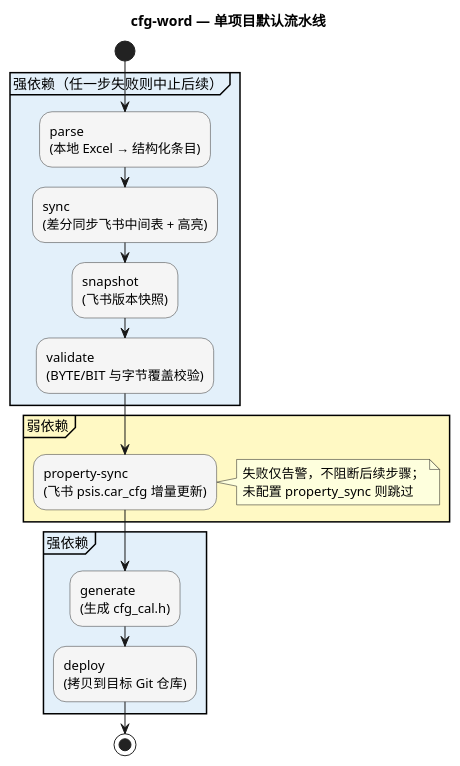
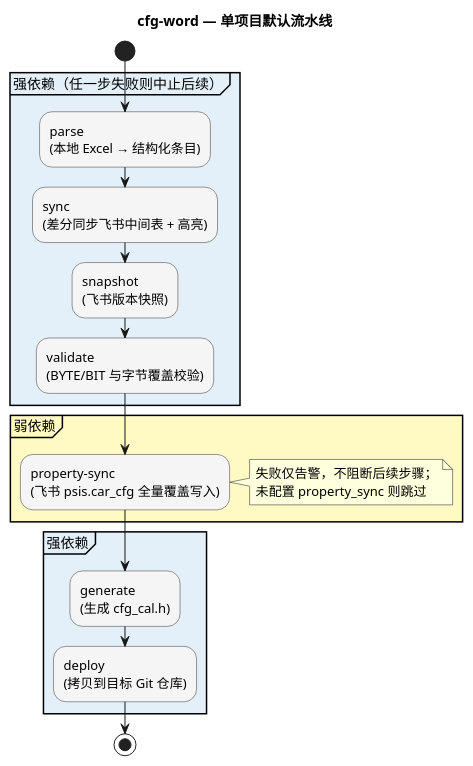
One commit to BryanRun/ADK changed the diagram in docs/cfg-word使用手册.md. Above: the diagram before and after it, drawn with PlantUML. The commit also changed other lines of this file and 12 other files, not shown here.

First line of the commit message:
feat: cfg-word v1.3.0 — t1v 解析器重构、property-sync 全量覆盖、宏名唯一性校验，平台升至 v1.2.7

````diff
--- a/docs/cfg-word使用手册.md
+++ b/docs/cfg-word使用手册.md
@@ -80,36 +80,36 @@
 ```plantuml
 @startuml cfg_word_pipeline
 skinparam shadowing false
 skinparam activity {
   BackgroundColor #F5F5F5
   BorderColor #333333
   FontSize 13
 }
 title cfg-word — 单项目默认流水线
 
 start
 
 partition "强依赖（任一步失败则中止后续）" #E3F0FA {
   :parse\n(本地 Excel → 结构化条目);
   :sync\n(差分同步飞书中间表 + 高亮);
   :snapshot\n(飞书版本快照);
   :validate\n(BYTE/BIT 与字节覆盖校验);
 }
 
 partition "弱依赖" #FFF9C4 {
-  :property-sync\n(飞书 psis.car_cfg 增量更新);
+  :property-sync\n(飞书 psis.car_cfg 全量覆盖写入);
   note right
     失败仅告警，不阻断后续步骤；
     未配置 property_sync 则跳过
   end note
 }
 
 partition "强依赖" #E3F0FA {
   :generate\n(生成 cfg_cal.h);
   :deploy\n(拷贝到目标 Git 仓库);
 }
 
 stop
 
 @enduml
 ```
````
